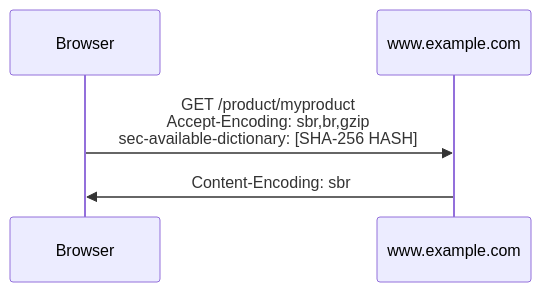
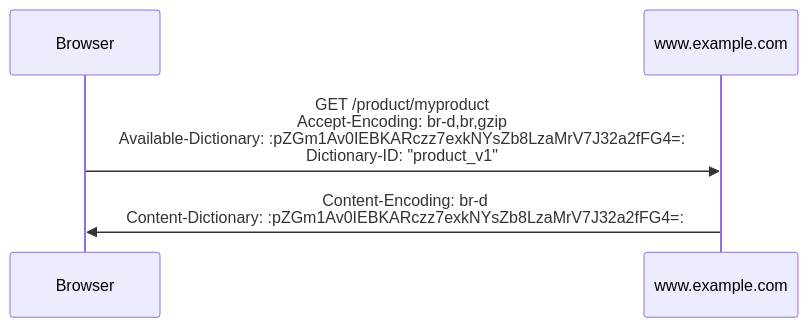
Before and after one commit to WICG/compression-dictionary-transport: the fourth of 4 diagrams in README.md, drawn with Mermaid. The commit also changed other lines of this file, not shown here.

````diff
--- a/README.md
+++ b/README.md
@@ -255,5 +250,5 @@
 ```mermaid
 sequenceDiagram
-Browser->>www.example.com: GET /product/myproduct<br/>Accept-Encoding: sbr,br,gzip<br/>sec-available-dictionary: [SHA-256 HASH]
-www.example.com->>Browser: Content-Encoding: sbr
+Browser->>www.example.com: GET /product/myproduct<br/>Accept-Encoding: br-d,br,gzip<br/>Available-Dictionary: :pZGm1Av0IEBKARczz7exkNYsZb8LzaMrV7J32a2fFG4=:<br/>Dictionary-ID: "product_v1"
+www.example.com->>Browser: Content-Encoding: br-d<br/>Content-Dictionary: :pZGm1Av0IEBKARczz7exkNYsZb8LzaMrV7J32a2fFG4=:
 ```
````
